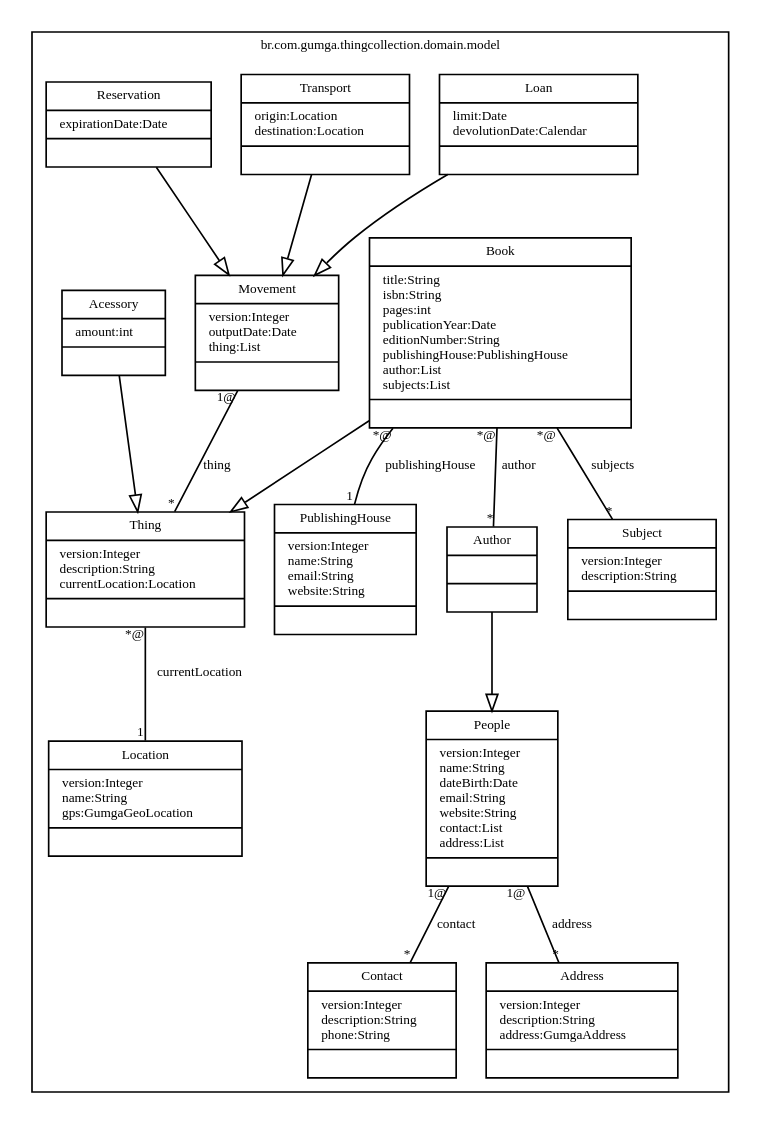
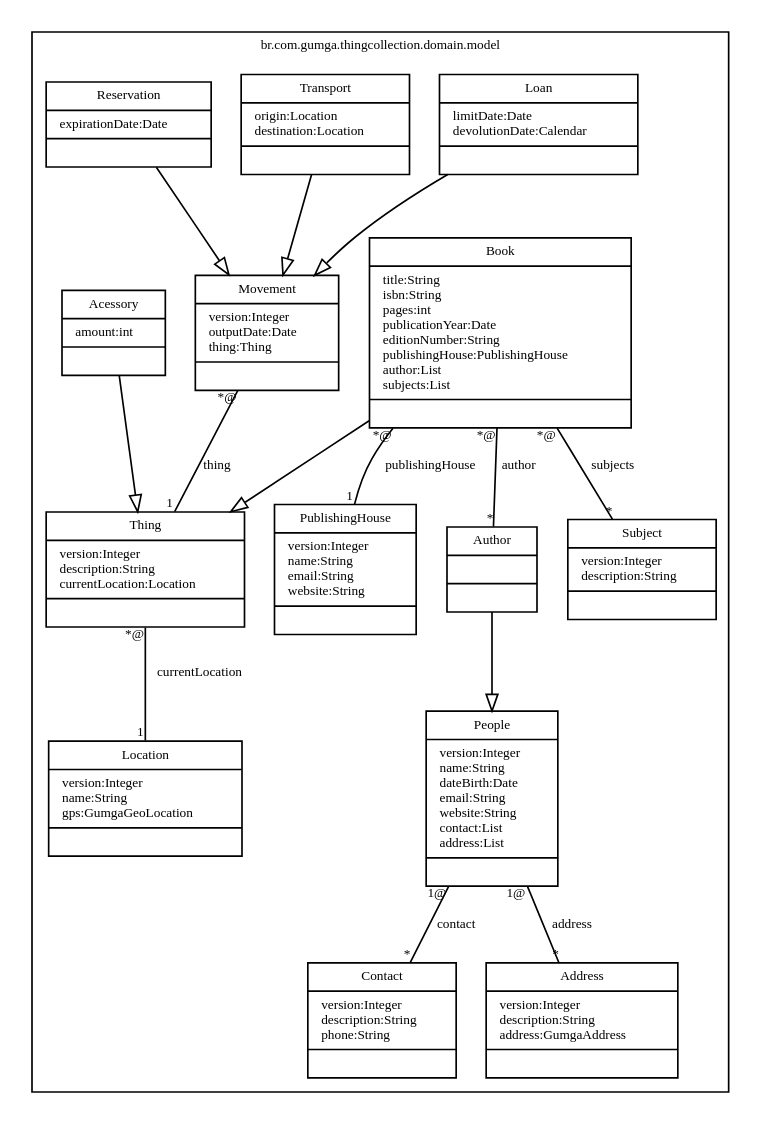
The diagram in ThingCollection-domain/target/docs/br_com_gumga_thingcollection_domain_model.dot (willianmarquesfreire/ThingCollection), drawn with Graphviz before and after one commit. The commit also changed 59 other files, not shown here.

```diff
--- a/ThingCollection-domain/target/docs/br_com_gumga_thingcollection_domain_model.dot
+++ b/ThingCollection-domain/target/docs/br_com_gumga_thingcollection_domain_model.dot
@@ -1,51 +1,51 @@
 //Gerado automaticamente por plugin da www.gumga.com.br munif@munifgebara.com.br
 
 digraph G{
 fontname = "Bitstream Vera Sans"
 fontsize = 8
 
 node [
         fontname = "Bitstream Vera Sans"
         fontsize = 8
         shape = "record"
 ]
 
 edge [
         fontname = "Bitstream Vera Sans"
         fontsize = 8
 ]
 
 subgraph clusterbr_com_gumga_thingcollection_domain_model
 {
 label="br.com.gumga.thingcollection.domain.model";
 Contact [label = "{Contact|version:Integer\ldescription:String\lphone:String\l|}"]
 Author [label = "{Author||}"]
 People [label = "{People|version:Integer\lname:String\ldateBirth:Date\lemail:String\lwebsite:String\lcontact:List\laddress:List\l|}"]
 Book [label = "{Book|title:String\lisbn:String\lpages:int\lpublicationYear:Date\leditionNumber:String\lpublishingHouse:PublishingHouse\lauthor:List\lsubjects:List\l|}"]
-Movement [label = "{Movement|version:Integer\loutputDate:Date\lthing:List\l|}"]
+Movement [label = "{Movement|version:Integer\loutputDate:Date\lthing:Thing\l|}"]
 Address [label = "{Address|version:Integer\ldescription:String\laddress:GumgaAddress\l|}"]
-Loan [label = "{Loan|limit:Date\ldevolutionDate:Calendar\l|}"]
+Loan [label = "{Loan|limitDate:Date\ldevolutionDate:Calendar\l|}"]
 Transport [label = "{Transport|origin:Location\ldestination:Location\l|}"]
 Subject [label = "{Subject|version:Integer\ldescription:String\l|}"]
 Thing [label = "{Thing|version:Integer\ldescription:String\lcurrentLocation:Location\l|}"]
 Reservation [label = "{Reservation|expirationDate:Date\l|}"]
 Acessory [label = "{Acessory|amount:int\l|}"]
 PublishingHouse [label = "{PublishingHouse|version:Integer\lname:String\lemail:String\lwebsite:String\l|}"]
 Location [label = "{Location|version:Integer\lname:String\lgps:GumgaGeoLocation\l|}"]
 }
 
 edge [ arrowhead = "empty" headlabel = "" taillabel = ""] Author -> People
 edge [arrowhead = "none" headlabel = "*" taillabel = "1@"] People -> Contact [label = "contact"]
 edge [arrowhead = "none" headlabel = "*" taillabel = "1@"] People -> Address [label = "address"]
 edge [ arrowhead = "empty" headlabel = "" taillabel = ""] Book -> Thing
 edge [arrowhead = "none" headlabel = "1" taillabel = "*@"] Book -> PublishingHouse [label = "publishingHouse"]
 edge [arrowhead = "none" headlabel = "*" taillabel = "*@"] Book -> Author [label = "author"]
 edge [arrowhead = "none" headlabel = "*" taillabel = "*@"] Book -> Subject [label = "subjects"]
-edge [arrowhead = "none" headlabel = "*" taillabel = "1@"] Movement -> Thing [label = "thing"]
+edge [arrowhead = "none" headlabel = "1" taillabel = "*@"] Movement -> Thing [label = "thing"]
 edge [ arrowhead = "empty" headlabel = "" taillabel = ""] Loan -> Movement
 edge [ arrowhead = "empty" headlabel = "" taillabel = ""] Transport -> Movement
 edge [arrowhead = "none" headlabel = "1" taillabel = "*@"] Thing -> Location [label = "currentLocation"]
 edge [ arrowhead = "empty" headlabel = "" taillabel = ""] Reservation -> Movement
 edge [ arrowhead = "empty" headlabel = "" taillabel = ""] Acessory -> Thing
 
 }
```
